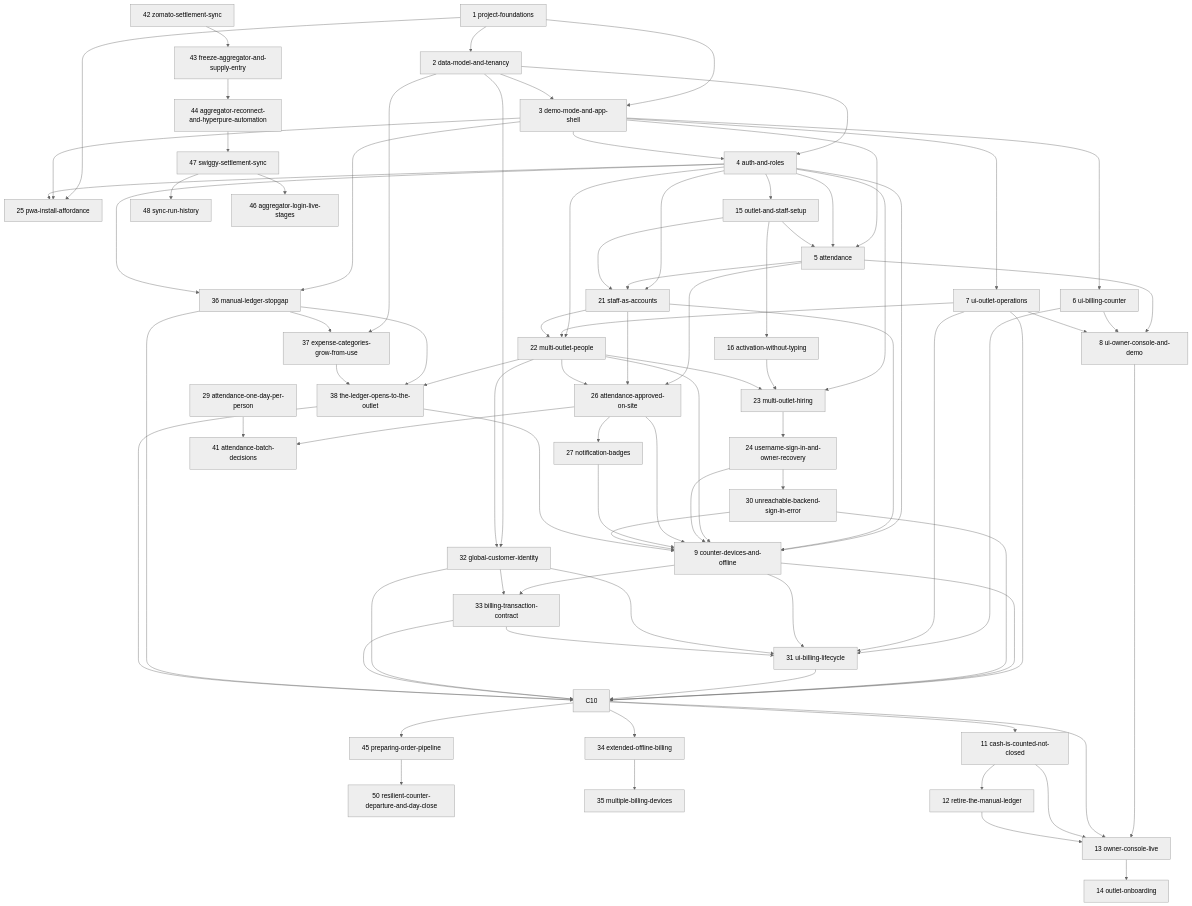
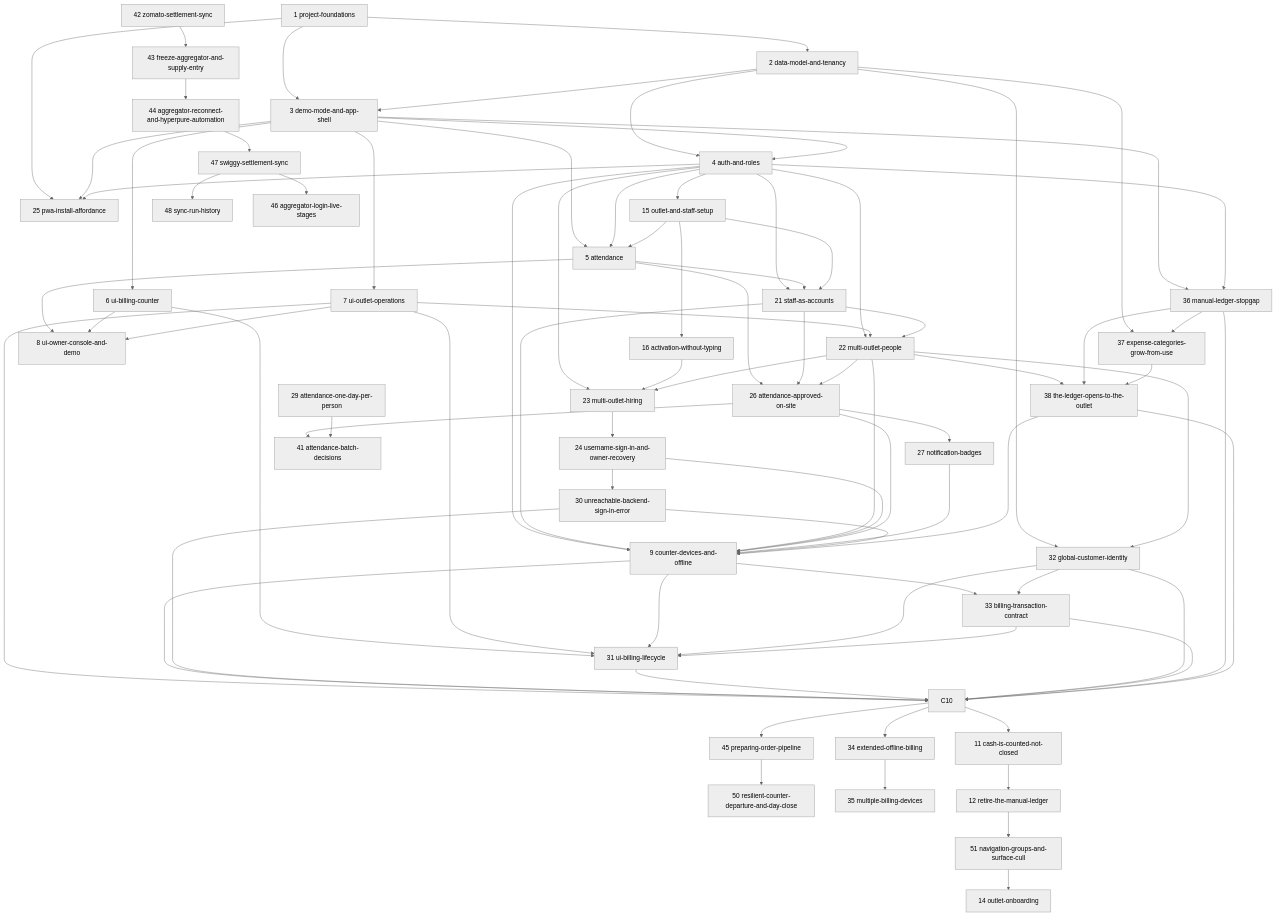
Before and after one commit to abdatta/shawarmania-ops: the diagram in openspec/changes/ROADMAP.md, drawn with Mermaid (neutral theme). The commit also changed other lines of this file and 17 other files, not shown here.

````diff
--- a/openspec/changes/ROADMAP.md
+++ b/openspec/changes/ROADMAP.md
@@ -249,9 +250,6 @@
     C34 --> C35[35 multiple-billing-devices]
     C10 --> C11[11 cash-is-counted-not-closed]
     C11 --> C12[12 retire-the-manual-ledger]
-    C8 --> C13[13 owner-console-live]
-    C10 --> C13
-    C11 --> C13
-    C12 --> C13
-    C13 --> C14[14 outlet-onboarding]
+    C12 --> C51[51 navigation-groups-and-surface-cull]
+    C51 --> C14[14 outlet-onboarding]
 ```
````
